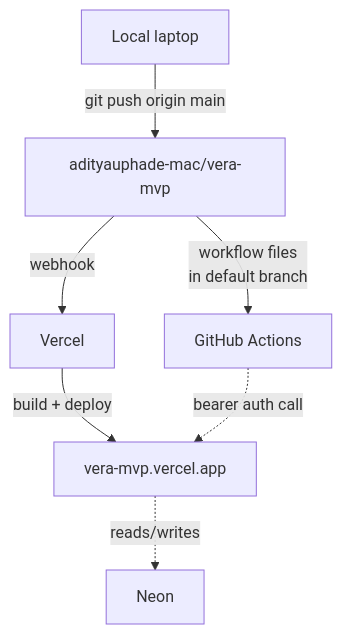
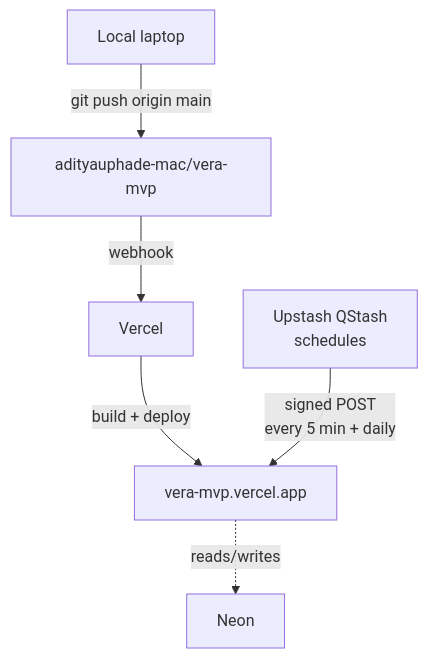
Before and after one commit to MakAnalyticsProjects/vera-mvp: the fourth of 4 diagrams in docs/INFRASTRUCTURE.md, drawn with Mermaid. The commit also changed other lines of this file and 8 other files, not shown here.

````diff
--- a/docs/INFRASTRUCTURE.md
+++ b/docs/INFRASTRUCTURE.md
@@ -226,11 +234,11 @@
 ```mermaid
 flowchart TB
     Dev[Local laptop] -->|git push origin main| Repo[adityauphade-mac/vera-mvp]
     Repo -->|webhook| Vercel
     Vercel -->|build + deploy| Prod[vera-mvp.vercel.app]
-    Repo -->|workflow files
-    in default branch| GH[GitHub Actions]
+    QStash[Upstash QStash
+    schedules] -->|signed POST
+    every 5 min + daily| Prod
 
     Prod -.->|reads/writes| Neon
-    GH -.->|bearer auth call| Prod
 ```
````
